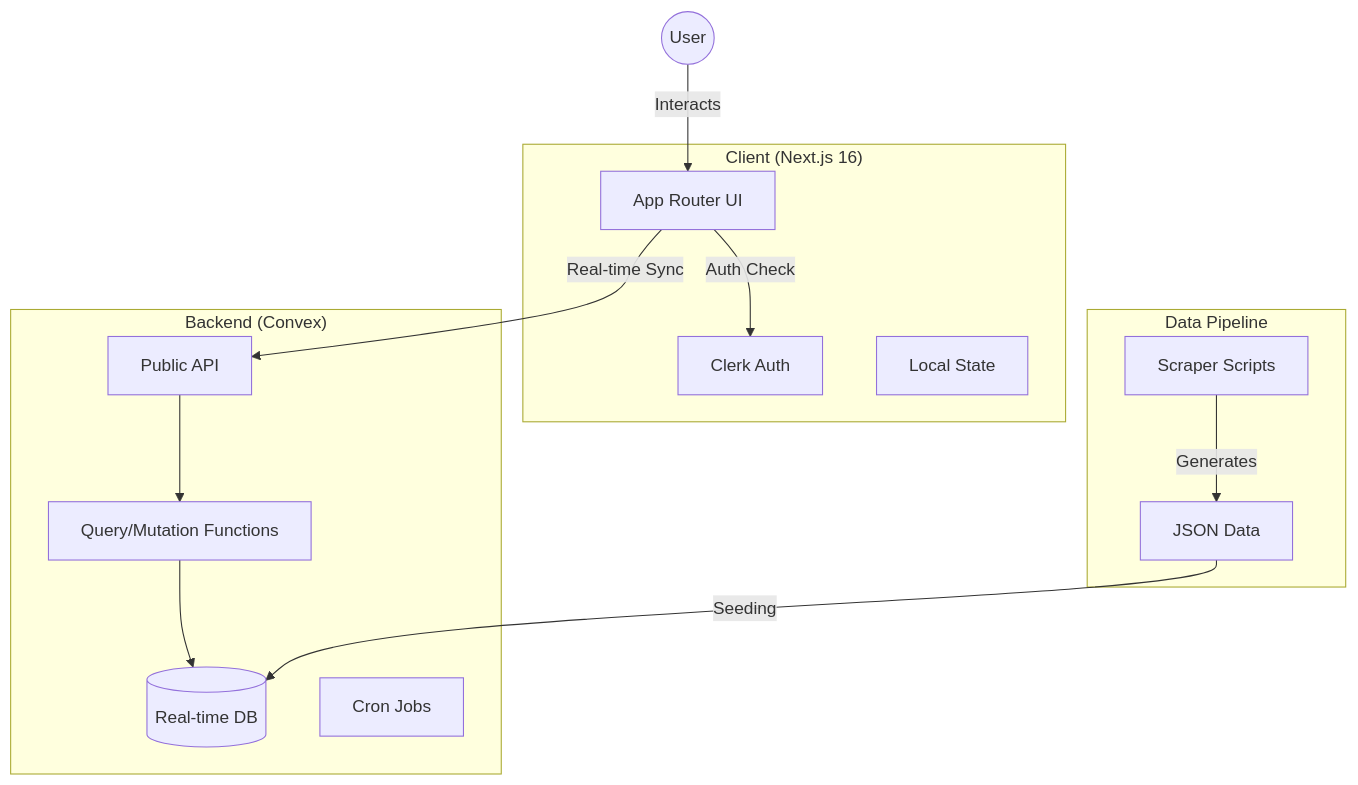
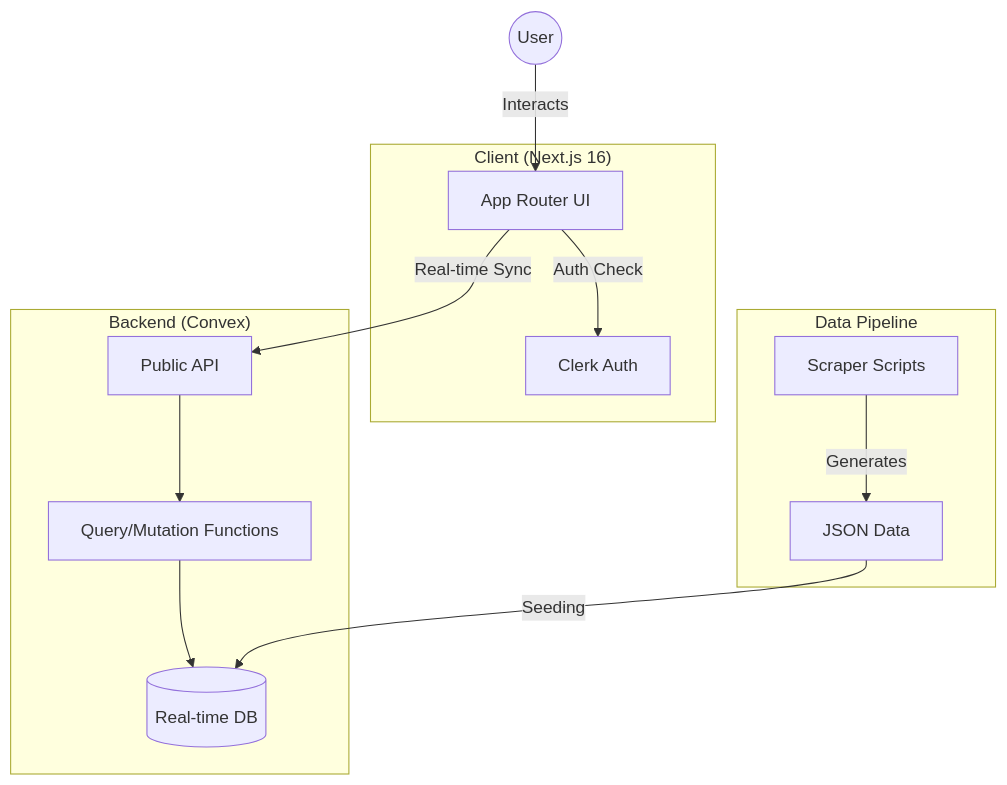
The diagram in README.md (Snehit70/aceon), drawn with Mermaid before and after one commit. The commit also changed other lines of this file, not shown here.

````diff
--- a/README.md
+++ b/README.md
@@ -25,30 +75,28 @@
 ```mermaid
 graph TD
     User((User))
     
     subgraph Client ["Client (Next.js 16)"]
         UI[App Router UI]
         Auth[Clerk Auth]
-        Store[Local State]
     end
     
     subgraph Backend ["Backend (Convex)"]
         API[Public API]
         Funcs[Query/Mutation Functions]
         DB[(Real-time DB)]
-        Scheduler[Cron Jobs]
     end
     
     subgraph Data ["Data Pipeline"]
         Scraper[Scraper Scripts]
         Seeds[JSON Data]
     end
 
     User -->|Interacts| UI
     UI -->|Auth Check| Auth
     UI -->|Real-time Sync| API
     API --> Funcs
     Funcs --> DB
     Scraper -->|Generates| Seeds
     Seeds -->|Seeding| DB
 ```
````
